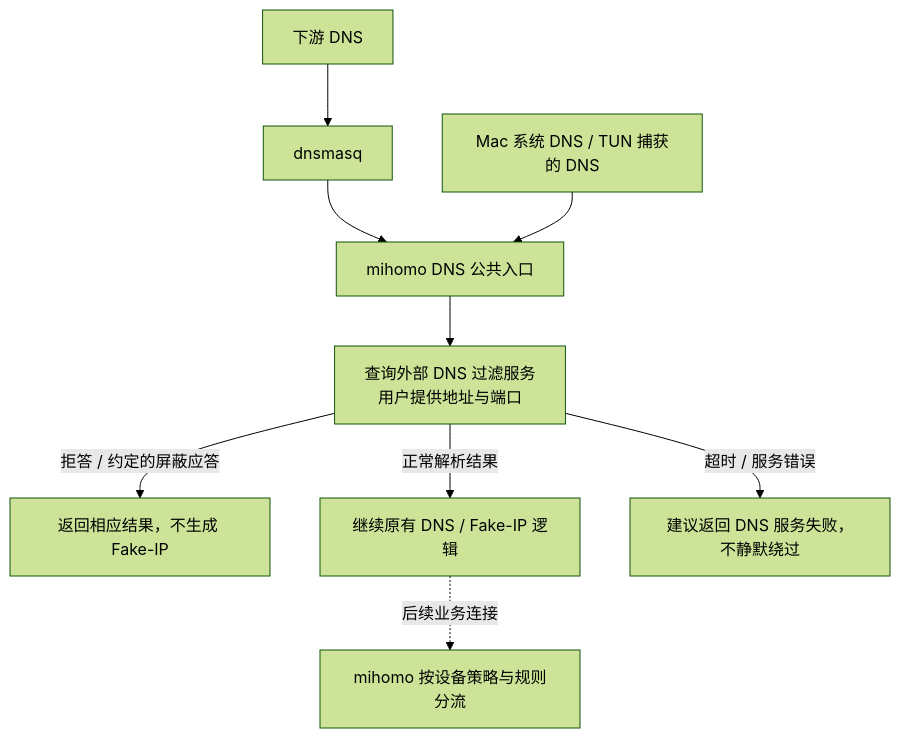
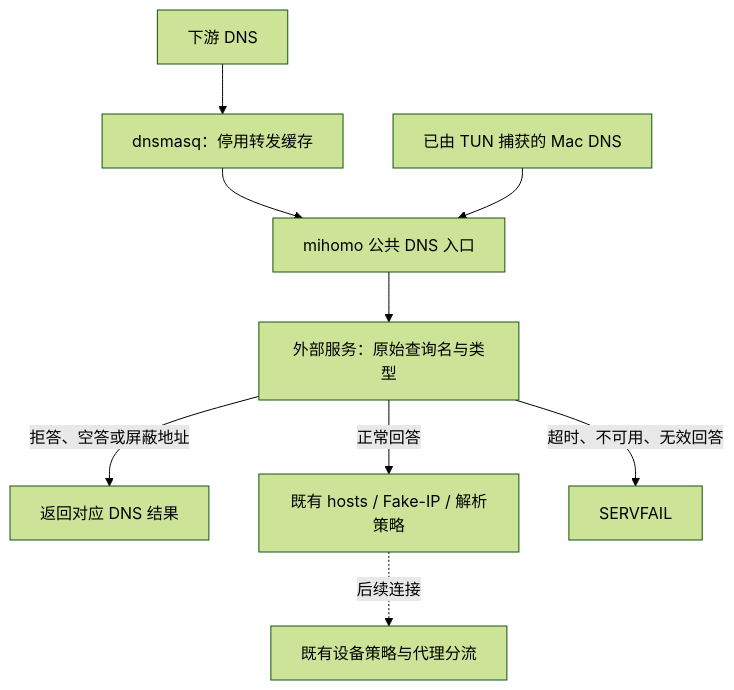
Before and after one commit to YTwsy/OpenSurge-for-Mac: the diagram in docs/agent-wiki/tasks/external-dns-filter-before-fake-ip.md, drawn with Mermaid (forest theme). The commit also changed other lines of this file and 70 other files, not shown here.

First line of the commit message:
feat: filter managed DNS before Fake-IP

````diff
--- a/docs/agent-wiki/tasks/external-dns-filter-before-fake-ip.md
+++ b/docs/agent-wiki/tasks/external-dns-filter-before-fake-ip.md
@@ -28,11 +13,11 @@
 ```mermaid
 flowchart TD
-    LAN["下游 DNS"] --> D["dnsmasq"]
-    D --> M["mihomo DNS 公共入口"]
-    MAC["Mac 系统 DNS / TUN 捕获的 DNS"] --> M
-    M --> E["查询外部 DNS 过滤服务<br/>用户提供地址与端口"]
-    E -->|拒答 / 约定的屏蔽应答| B["返回相应结果，不生成 Fake-IP"]
-    E -->|正常解析结果| C["继续原有 DNS / Fake-IP 逻辑"]
-    E -->|超时 / 服务错误| X["建议返回 DNS 服务失败，不静默绕过"]
-    C -. 后续业务连接 .-> P["mihomo 按设备策略与规则分流"]
+    LAN["下游 DNS"] --> D["dnsmasq：停用转发缓存"]
+    D --> M["mihomo 公共 DNS 入口"]
+    MAC["已由 TUN 捕获的 Mac DNS"] --> M
+    M --> E["外部服务：原始查询名与类型"]
+    E -->|拒答、空答或屏蔽地址| B["返回对应 DNS 结果"]
+    E -->|正常回答| C["既有 hosts / Fake-IP / 解析策略"]
+    E -->|超时、不可用、无效回答| X["SERVFAIL"]
+    C -. 后续连接 .-> P["既有设备策略与代理分流"]
 ```
````
